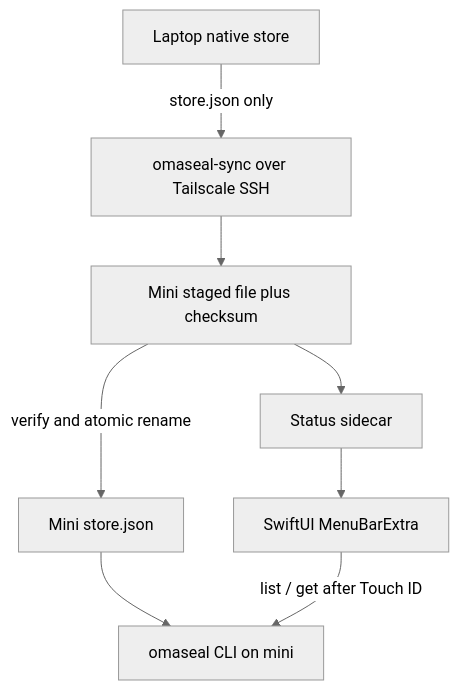
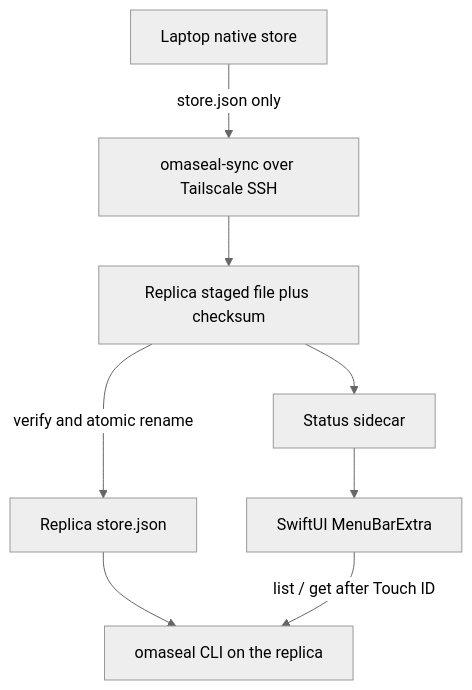
One commit to duketopceo/OmaSeal changed the diagram in docs/plans/2026-11-12-feat-macos-menubar-and-mini-replica-plan.md. Above: the diagram before and after it, drawn with Mermaid (neutral theme). The commit also changed other lines of this file and 5 other files, not shown here.

````diff
--- a/docs/plans/2026-11-12-feat-macos-menubar-and-mini-replica-plan.md
+++ b/docs/plans/2026-11-12-feat-macos-menubar-and-mini-replica-plan.md
@@ -110,17 +110,17 @@
 ```mermaid
 flowchart TB
   laptop[Laptop native store]
   sync[omaseal-sync over Tailscale SSH]
-  stage[Mini staged file plus checksum]
-  store[Mini store.json]
+  stage[Replica staged file plus checksum]
+  store[Replica store.json]
   status[Status sidecar]
-  cli[omaseal CLI on mini]
+  cli[omaseal CLI on the replica]
   app[SwiftUI MenuBarExtra]
   laptop -->|store.json only| sync
   sync --> stage
   stage -->|verify and atomic rename| store
   stage --> status
   store --> cli
   status --> app
   app -->|list / get after Touch ID| cli
 ```
````
